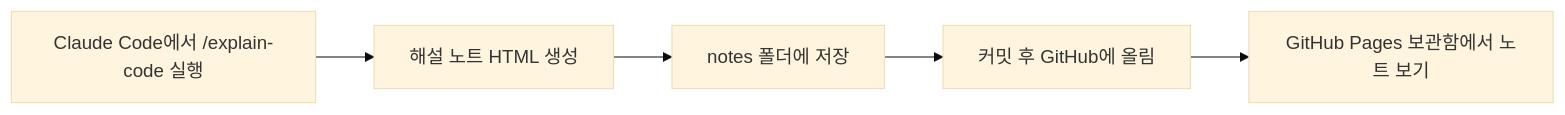
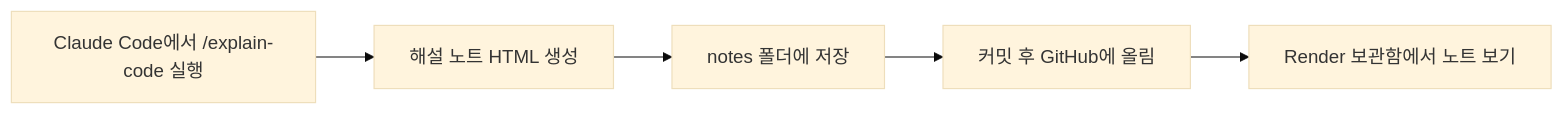
Before and after one commit to castlegyun/aiffel-agent-3: the second of 2 diagrams in 06-code-explain-notes/PRD.md, drawn with Mermaid (base theme). The commit also changed other lines of this file and 4 other files, not shown here.

Commit message:
06 코드 해설 노트: 배포를 GitHub Pages에서 Render로 변경 (문서·링크 정리)

````diff
--- a/06-code-explain-notes/PRD.md
+++ b/06-code-explain-notes/PRD.md
@@ -157,7 +157,7 @@
 ```mermaid
 flowchart LR
   A[Claude Code에서 /explain-code 실행] --> B[해설 노트 HTML 생성]
   B --> C[notes 폴더에 저장]
   C --> D[커밋 후 GitHub에 올림]
-  D --> E[GitHub Pages 보관함에서 노트 보기]
+  D --> E[Render 보관함에서 노트 보기]
 ```
````
